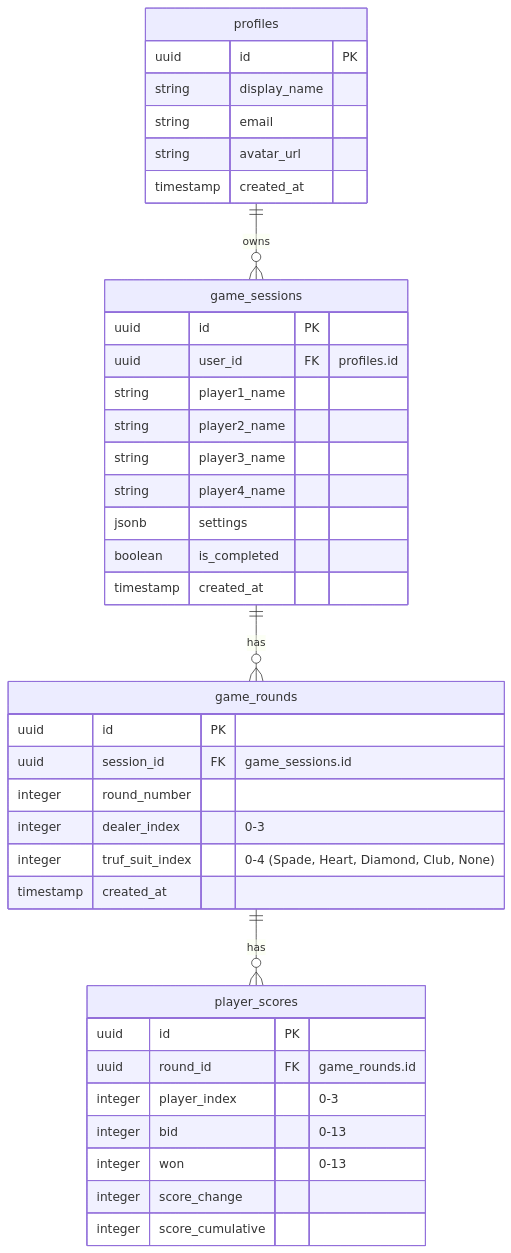
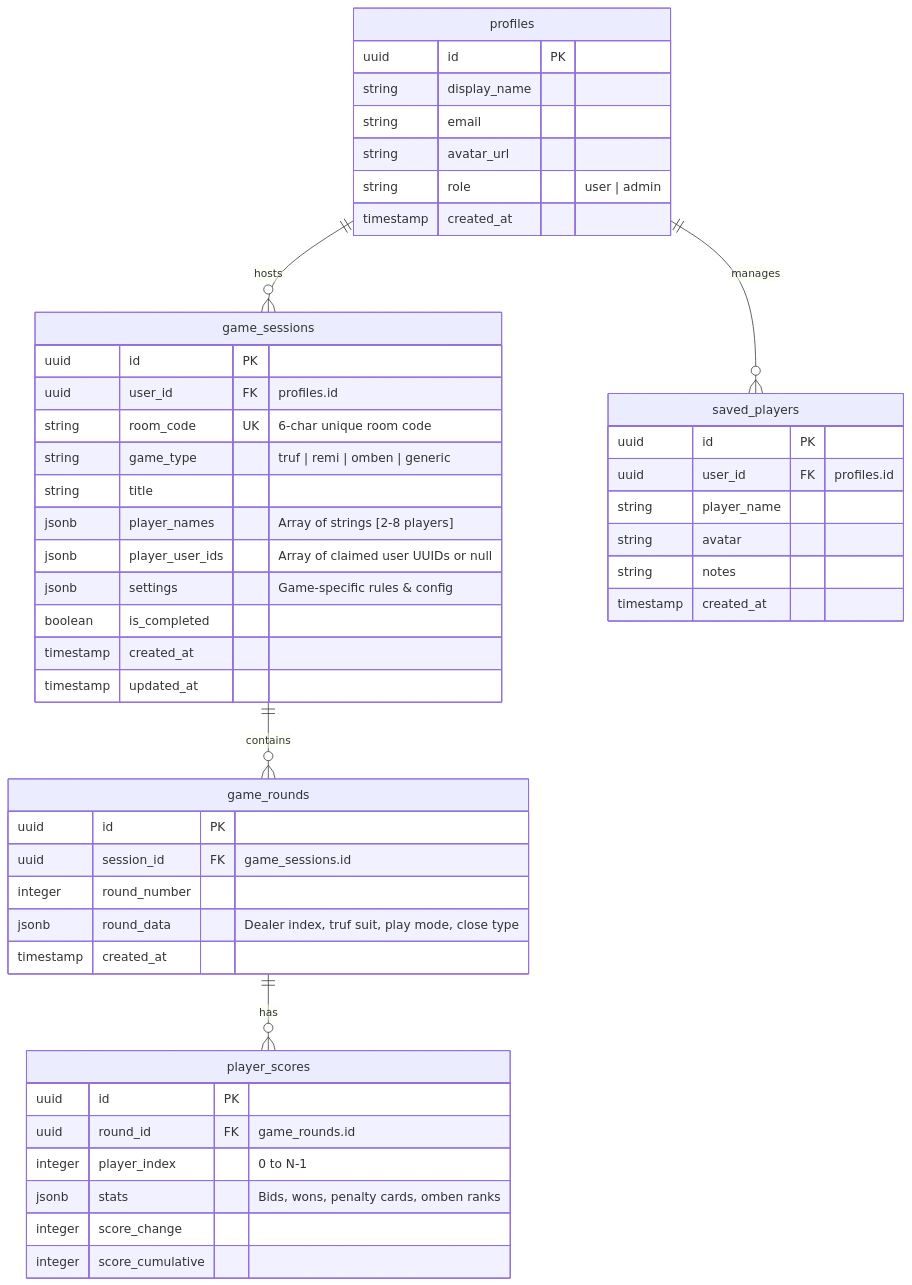
The second of 3 diagrams in docs/architecture.md (gabrielfermy/TrufCardOne), drawn with Mermaid before and after one commit. The commit also changed other lines of this file and 46 other files, not shown here.

Commit message:
feat: complete rebuild of Game Night Suite with multi-tenant, Remi, Omben, Chess Clock, Scoreboard, Utilities, i18n, Web Admin, and Capacitor support

````diff
--- a/docs/architecture.md
+++ b/docs/architecture.md
@@ -29,42 +66,52 @@
 ```mermaid
 erDiagram
     profiles {
         uuid id PK
         string display_name
         string email
         string avatar_url
+        string role "user | admin"
         timestamp created_at
     }
     game_sessions {
         uuid id PK
         uuid user_id FK "profiles.id"
-        string player1_name
-        string player2_name
-        string player3_name
-        string player4_name
-        jsonb settings
+        string room_code UK "6-char unique room code"
+        string game_type "truf | remi | omben | generic"
+        string title
+        jsonb player_names "Array of strings [2-8 players]"
+        jsonb player_user_ids "Array of claimed user UUIDs or null"
+        jsonb settings "Game-specific rules & config"
         boolean is_completed
         timestamp created_at
+        timestamp updated_at
     }
     game_rounds {
         uuid id PK
         uuid session_id FK "game_sessions.id"
         integer round_number
-        integer dealer_index "0-3"
-        integer truf_suit_index "0-4 (Spade, Heart, Diamond, Club, None)"
+        jsonb round_data "Dealer index, truf suit, play mode, close type"
         timestamp created_at
     }
     player_scores {
         uuid id PK
         uuid round_id FK "game_rounds.id"
-        integer player_index "0-3"
-        integer bid "0-13"
-        integer won "0-13"
+        integer player_index "0 to N-1"
+        jsonb stats "Bids, wons, penalty cards, omben ranks"
         integer score_change
         integer score_cumulative
     }
+    saved_players {
+        uuid id PK
+        uuid user_id FK "profiles.id"
+        string player_name
+        string avatar
+        string notes
+        timestamp created_at
+    }
 
-    profiles ||--o{ game_sessions : "owns"
-    game_sessions ||--o{ game_rounds : "has"
+    profiles ||--o{ game_sessions : "hosts"
+    profiles ||--o{ saved_players : "manages"
+    game_sessions ||--o{ game_rounds : "contains"
     game_rounds ||--o{ player_scores : "has"
 ```
````
